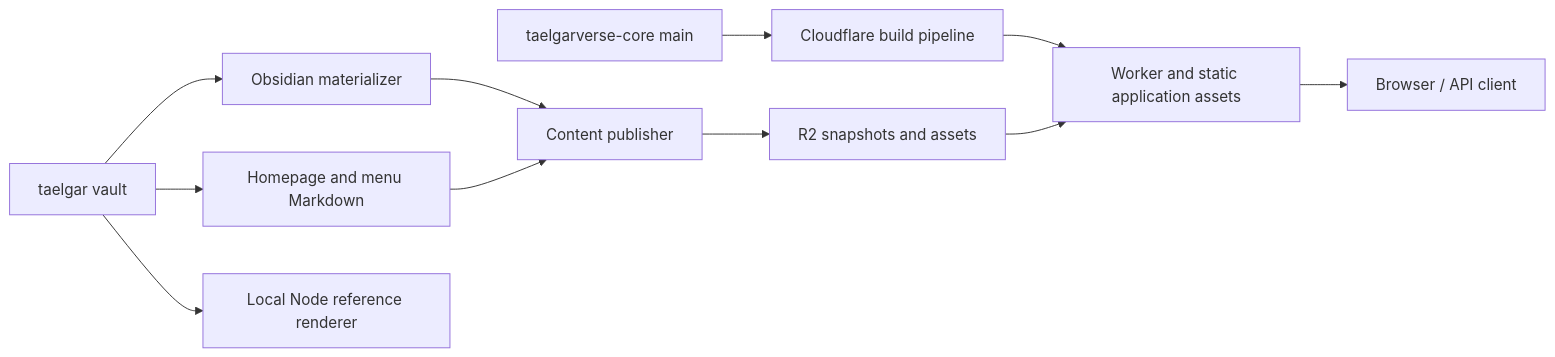
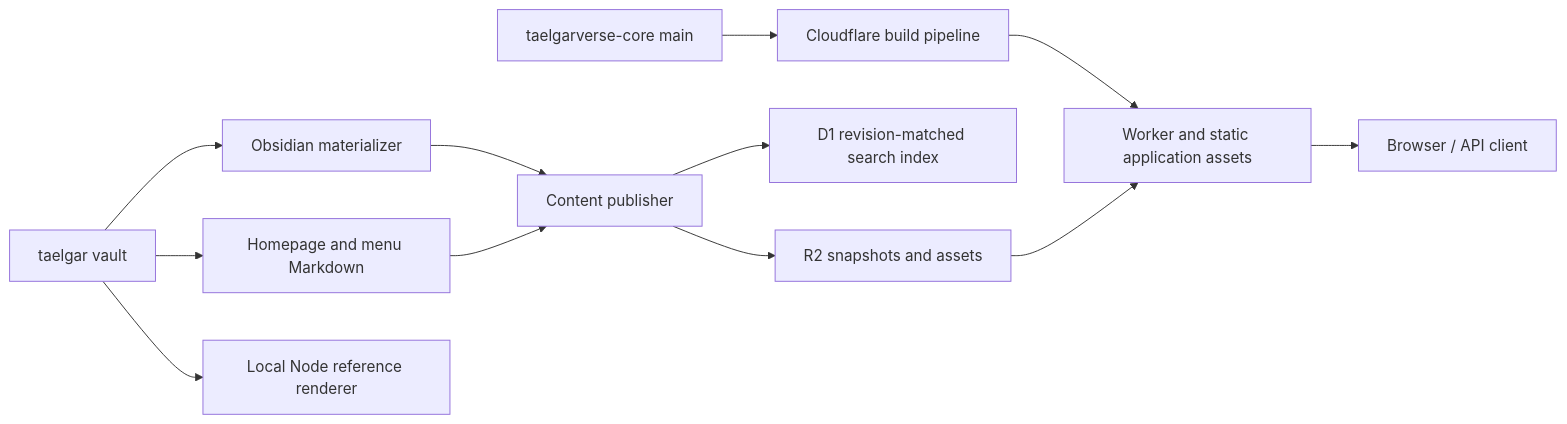
The diagram in docs/architecture.md (msackton/taelgarverse-core), drawn with Mermaid before and after one commit. The commit also changed other lines of this file and 17 other files, not shown here.

````diff
--- a/docs/architecture.md
+++ b/docs/architecture.md
@@ -21,13 +22,14 @@
 ```mermaid
 flowchart LR
     V[taelgar vault] --> O[Obsidian materializer]
     O --> P[Content publisher]
     V --> S[Homepage and menu Markdown]
     S --> P
     P --> R[R2 snapshots and assets]
+    P --> D[D1 revision-matched search index]
     C[taelgarverse-core main] --> B[Cloudflare build pipeline]
     B --> W[Worker and static application assets]
     R --> W
     W --> U[Browser / API client]
     V --> N[Local Node reference renderer]
 ```
````
